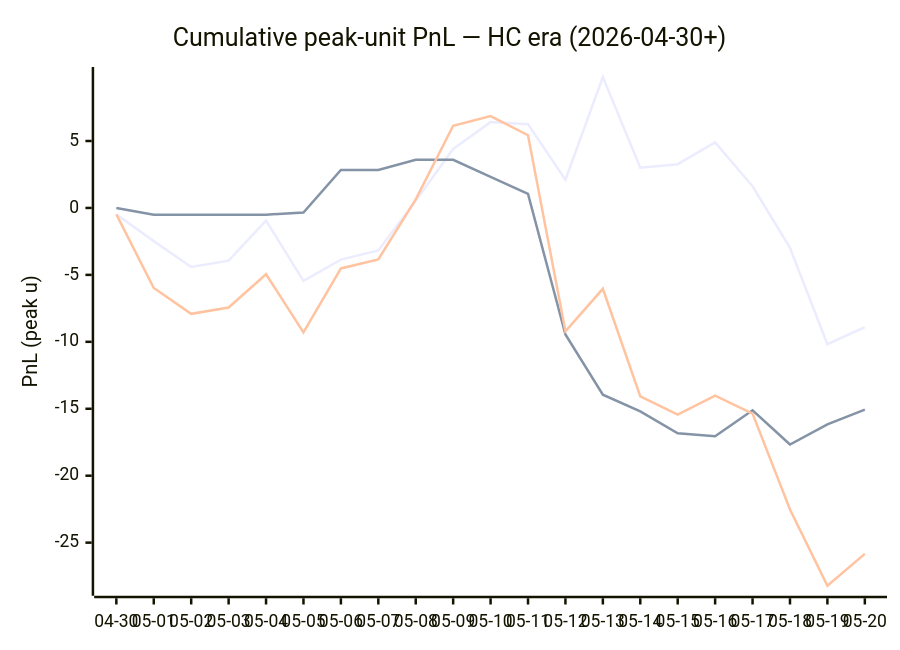
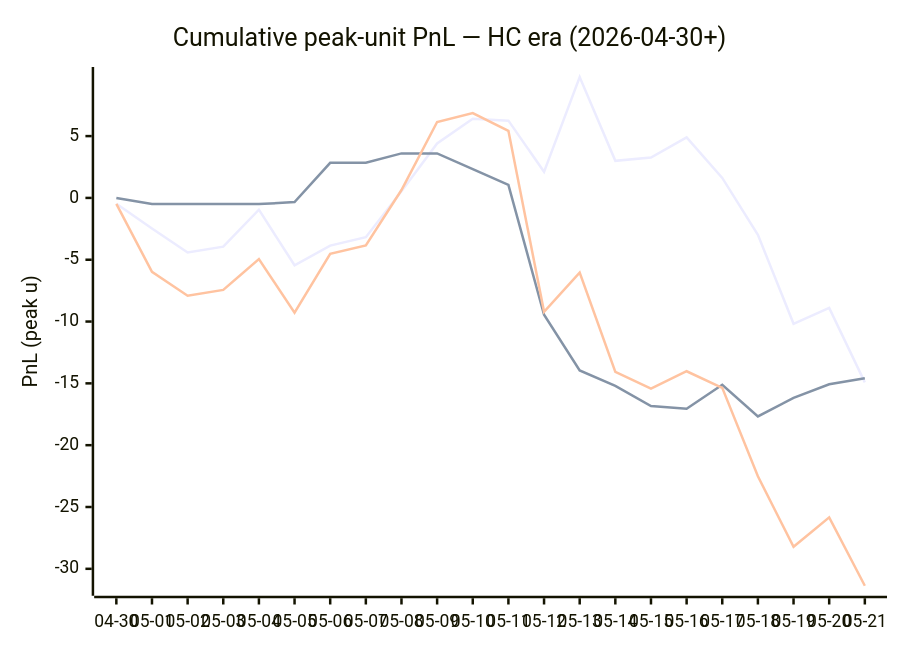
One commit to dpk1212/nhl-savant changed the diagram in DAILY_V6_REPORT.md. Above: the diagram before and after it, drawn with Mermaid. The commit also changed other lines of this file, not shown here.

````diff
--- a/DAILY_V6_REPORT.md
+++ b/DAILY_V6_REPORT.md
@@ -180,9 +181,9 @@
 ```mermaid
 xychart-beta
     title "Cumulative peak-unit PnL — HC era (2026-04-30+)"
-    x-axis ["04-30", "05-01", "05-02", "05-03", "05-04", "05-05", "05-06", "05-07", "05-08", "05-09", "05-10", "05-11", "05-12", "05-13", "05-14", "05-15", "05-16", "05-17", "05-18", "05-19", "05-20"]
+    x-axis ["04-30", "05-01", "05-02", "05-03", "05-04", "05-05", "05-06", "05-07", "05-08", "05-09", "05-10", "05-11", "05-12", "05-13", "05-14", "05-15", "05-16", "05-17", "05-18", "05-19", "05-20", "05-21"]
     y-axis "PnL (peak u)"
-    line "HC ≥ +1" [-0.48, -2.48, -4.41, -3.94, -0.95, -5.45, -3.86, -3.18, 0.54, 4.41, 6.41, 6.25, 2.11, 9.78, 3.00, 3.27, 4.90, 1.62, -2.98, -10.18, -8.90]
-    line "HC = 0"  [0.00, -0.50, -0.50, -0.50, -0.50, -0.34, 2.84, 2.84, 3.60, 3.60, 2.32, 1.05, -9.45, -13.95, -15.20, -16.83, -17.05, -15.11, -17.67, -16.17, -15.07]
-    line "All (HC era)" [-0.48, -5.98, -7.91, -7.44, -4.95, -9.29, -4.52, -3.84, 0.64, 6.14, 6.86, 5.43, -9.21, -6.04, -14.07, -15.43, -14.02, -15.36, -22.52, -28.22, -25.84]
+    line "HC ≥ +1" [-0.48, -2.48, -4.41, -3.94, -0.95, -5.45, -3.86, -3.18, 0.54, 4.41, 6.41, 6.25, 2.11, 9.78, 3.00, 3.27, 4.90, 1.62, -2.98, -10.18, -8.90, -14.92]
+    line "HC = 0"  [0.00, -0.50, -0.50, -0.50, -0.50, -0.34, 2.84, 2.84, 3.60, 3.60, 2.32, 1.05, -9.45, -13.95, -15.20, -16.83, -17.05, -15.11, -17.67, -16.17, -15.07, -14.58]
+    line "All (HC era)" [-0.48, -5.98, -7.91, -7.44, -4.95, -9.29, -4.52, -3.84, 0.64, 6.14, 6.86, 5.43, -9.21, -6.04, -14.07, -15.43, -14.02, -15.36, -22.52, -28.22, -25.84, -31.37]
 ```
````
